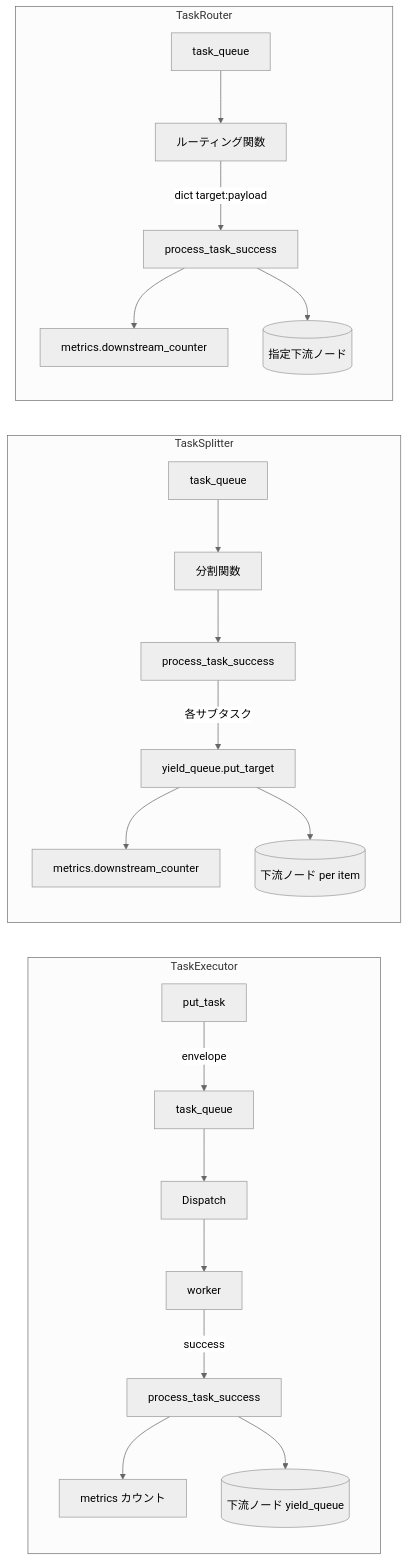
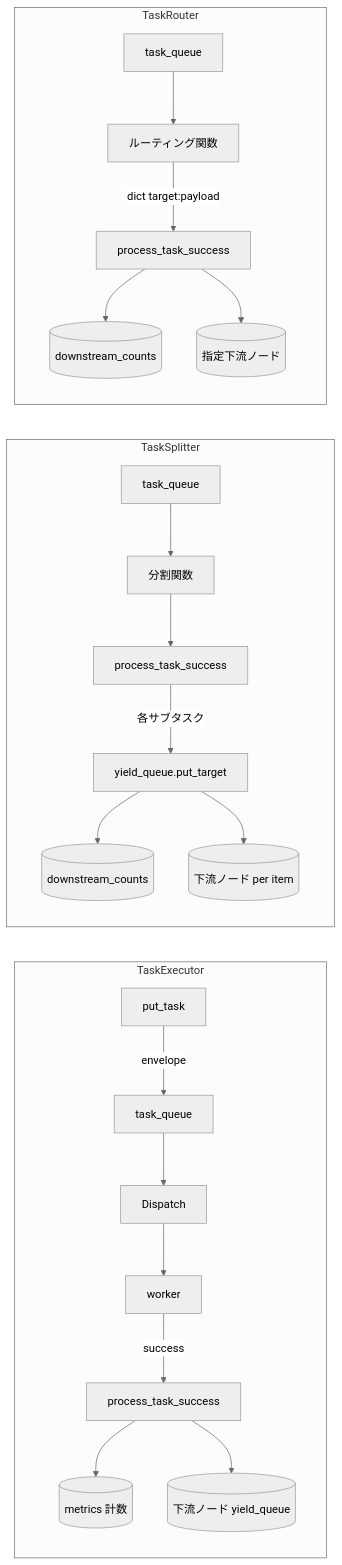
The diagram in docs/ja/tests/node/test_nodes.md (Mr-xiaotian/CelestialFlow), drawn with Mermaid (neutral theme) before and after one commit. The commit also changed other lines of this file and 157 other files, not shown here.

````diff
--- a/docs/ja/tests/node/test_nodes.md
+++ b/docs/ja/tests/node/test_nodes.md
@@ -63,26 +66,26 @@
 ```mermaid
 flowchart LR
     subgraph "TaskExecutor"
         PutTask[put_task] -->|envelope| Q[task_queue]
         Q --> D[Dispatch]
         D --> W[worker]
         W -->|success| SP[process_task_success]
-        SP --> Counter[metrics カウント]
+        SP --> Counter[(metrics 計数)]
         SP --> Downstream[(下流ノード yield_queue)]
     end
 
     subgraph "TaskSplitter"
         Q2[task_queue] --> DS[分割関数]
         DS --> PSR[process_task_success]
         PSR -->|各サブタスク| PSR_put[yield_queue.put_target]
-        PSR_put --> SC[metrics.downstream_counter]
+        PSR_put --> SC[(downstream_counts)]
         PSR_put --> Down2[(下流ノード per item)]
     end
 
     subgraph "TaskRouter"
         Q3[task_queue] --> DR[ルーティング関数]
         DR -->|dict target:payload| PR[process_task_success]
-        PR --> RC[metrics.downstream_counter]
+        PR --> RC[(downstream_counts)]
         PR --> Down3[(指定下流ノード)]
     end
 ```
````
